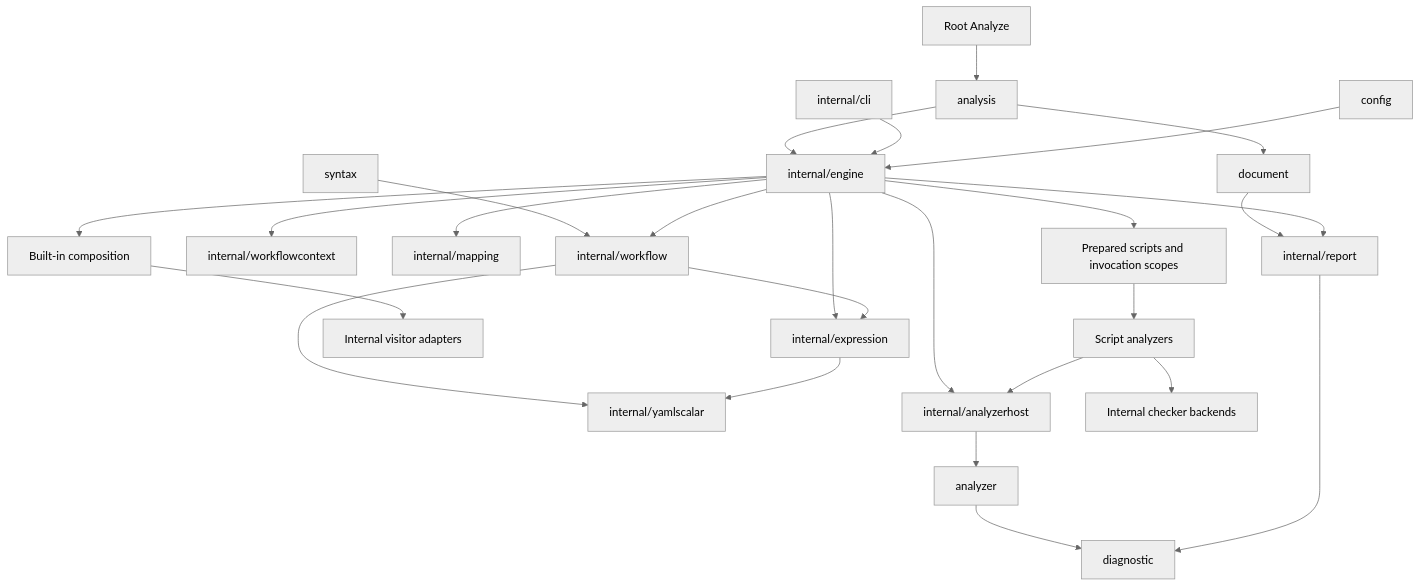
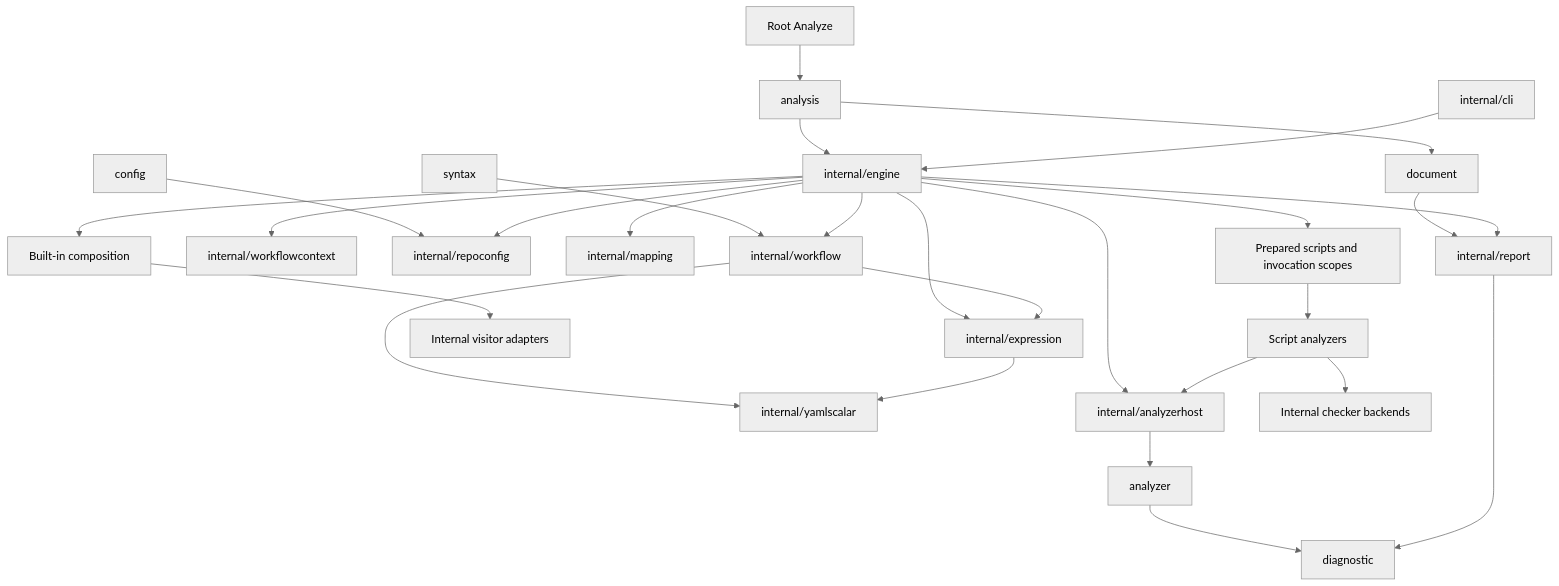
One commit to kjanat/actionlint changed the first of 2 diagrams in docs/design/analysis-contracts.md. Above: the diagram before and after it, drawn with Mermaid (neutral theme). The commit also changed other lines of this file and 116 other files, not shown here.

````diff
--- a/docs/design/analysis-contracts.md
+++ b/docs/design/analysis-contracts.md
@@ -25,28 +27,29 @@
 ```mermaid
 flowchart TD
     Root[Root Analyze] --> API[analysis]
     API --> Engine[internal/engine]
     CLI[internal/cli] --> Engine
     Syntax[syntax] --> Workflow[internal/workflow]
     Engine --> Workflow
     Engine --> Expressions[internal/expression]
     Workflow --> Expressions
     Engine --> Contexts[internal/workflowcontext]
     Workflow --> Scalars[internal/yamlscalar]
     Expressions --> Scalars
-    Config[config] --> Engine
+    Config[config] --> RepoConfig[internal/repoconfig]
+    Engine --> RepoConfig
     Engine --> Host[internal/analyzerhost]
     Engine --> Mapping[internal/mapping]
     Factory[Built-in composition] --> Adapters[Internal visitor adapters]
     Engine --> Factory
     Host --> Contract[analyzer]
     Contract --> Diagnostic[diagnostic]
     Engine --> Prepared[Prepared scripts and invocation scopes]
     Prepared --> Checks[Script analyzers]
     Checks --> Backends[Internal checker backends]
     Checks --> Host
     API --> Documents[document]
     Documents --> Models[internal/report]
     Engine --> Models
     Models --> Diagnostic
 ```
````
